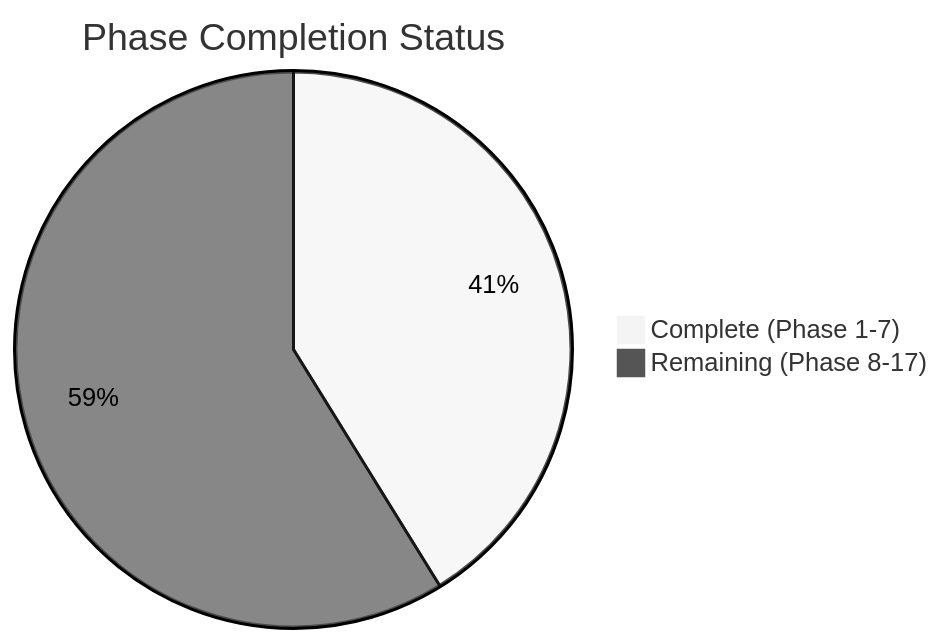
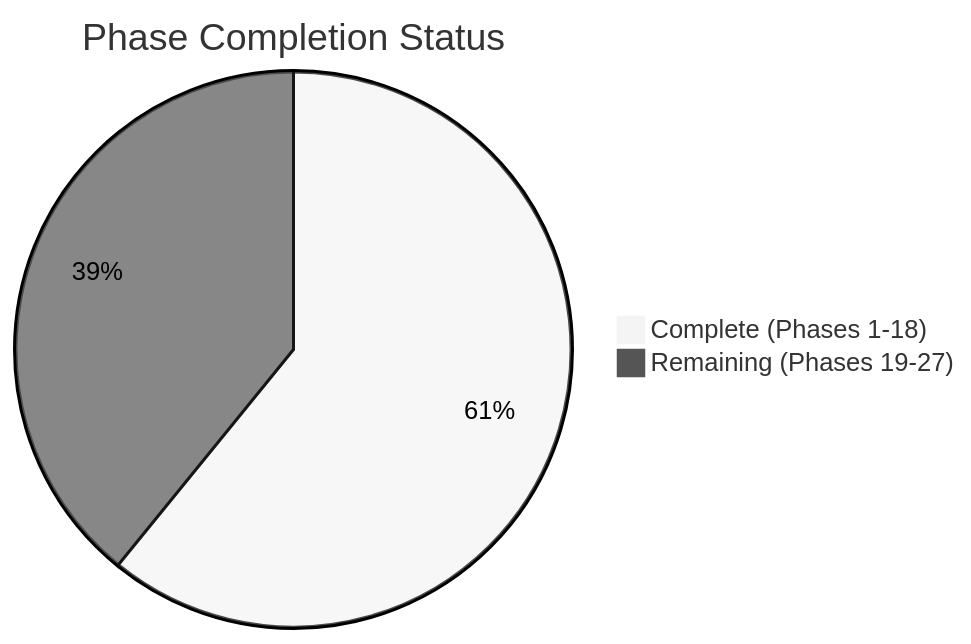
One commit to Nani040905/mobile-legal-ai-assistant changed the first of 2 diagrams in docs/07-roadmap.md. Above: the diagram before and after it, drawn with Mermaid (neutral theme). The commit also changed other lines of this file and 3 other files, not shown here.

Commit message:
Update docs to reflect Phase 13 and Phase 18 architecture and roadmap

````diff
--- a/docs/07-roadmap.md
+++ b/docs/07-roadmap.md
@@ -5,5 +5,5 @@
 ```mermaid
 pie title Phase Completion Status
-    "Complete (Phase 1-7)" : 7
-    "Remaining (Phase 8-17)" : 10
+    "Complete (Phases 1-18)" : 14
+    "Remaining (Phases 19-27)" : 9
 ```
````
